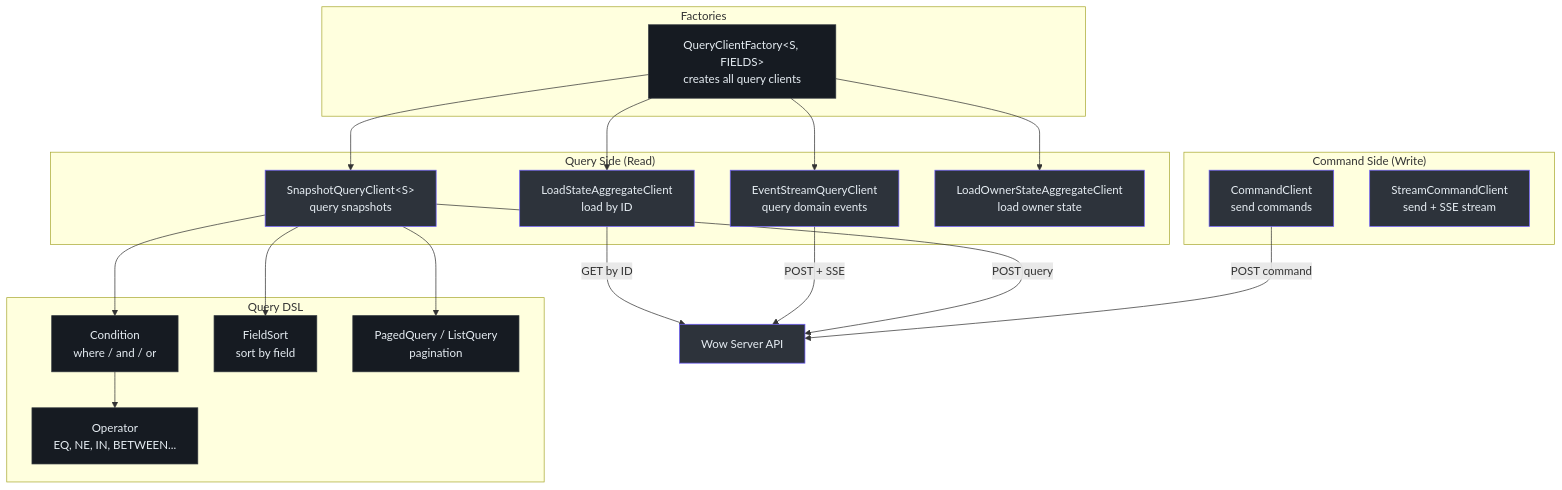
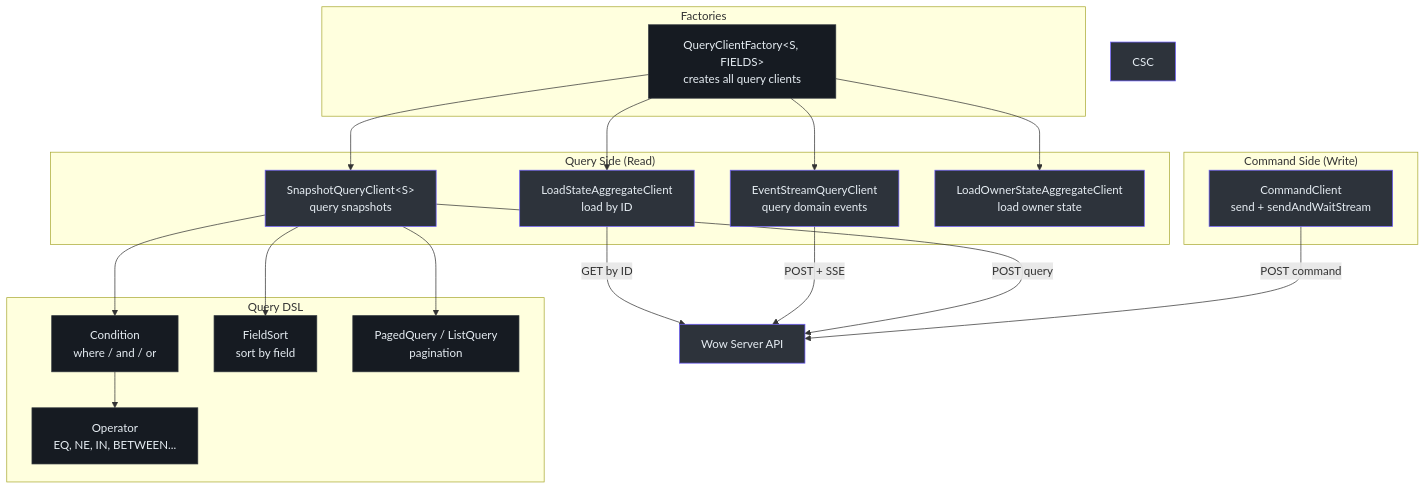
One commit to Ahoo-Wang/fetcher changed the first of 4 diagrams in wiki/packages/wow.md. Above: the diagram before and after it, drawn with Mermaid. The commit also changed other lines of this file and 53 other files, not shown here.

````diff
--- a/wiki/packages/wow.md
+++ b/wiki/packages/wow.md
@@ -18,53 +18,52 @@
 ```mermaid
 graph TB
     subgraph sg_1 ["Command Side (Write)"]
-        CC["CommandClient<br>send commands"]
-        CSC["StreamCommandClient<br>send + SSE stream"]
+        CC["CommandClient<br>send + sendAndWaitStream"]
     end
 
     subgraph sg_2 ["Query Side (Read)"]
         SQC["SnapshotQueryClient&lt;S&gt;<br>query snapshots"]
         ESQC["EventStreamQueryClient<br>query domain events"]
         LSAC["LoadStateAggregateClient<br>load by ID"]
         LOSAC["LoadOwnerStateAggregateClient<br>load owner state"]
     end
 
     subgraph sg_3 ["Query DSL"]
         COND["Condition<br>where / and / or"]
         SORT["FieldSort<br>sort by field"]
         PAGE["PagedQuery / ListQuery<br>pagination"]
         OP["Operator<br>EQ, NE, IN, BETWEEN..."]
     end
 
     subgraph sg_4 ["Factories"]
         QCF["QueryClientFactory&lt;S, FIELDS&gt;<br>creates all query clients"]
     end
 
     QCF --> SQC
     QCF --> ESQC
     QCF --> LSAC
     QCF --> LOSAC
 
     CC --> |"POST command"| API["Wow Server API"]
     SQC --> |"POST query"| API
     ESQC --> |"POST + SSE"| API
     LSAC --> |"GET by ID"| API
 
     SQC --> COND
     SQC --> SORT
     SQC --> PAGE
     COND --> OP
 
     style CC fill:#2d333b,stroke:#6d5dfc,color:#e6edf3
     style CSC fill:#2d333b,stroke:#6d5dfc,color:#e6edf3
     style SQC fill:#2d333b,stroke:#6d5dfc,color:#e6edf3
     style ESQC fill:#2d333b,stroke:#6d5dfc,color:#e6edf3
     style LSAC fill:#2d333b,stroke:#6d5dfc,color:#e6edf3
     style LOSAC fill:#2d333b,stroke:#6d5dfc,color:#e6edf3
     style QCF fill:#161b22,stroke:#30363d,color:#e6edf3
     style COND fill:#161b22,stroke:#30363d,color:#e6edf3
     style SORT fill:#161b22,stroke:#30363d,color:#e6edf3
     style PAGE fill:#161b22,stroke:#30363d,color:#e6edf3
     style OP fill:#161b22,stroke:#30363d,color:#e6edf3
     style API fill:#2d333b,stroke:#6d5dfc,color:#e6edf3
 ```
````
